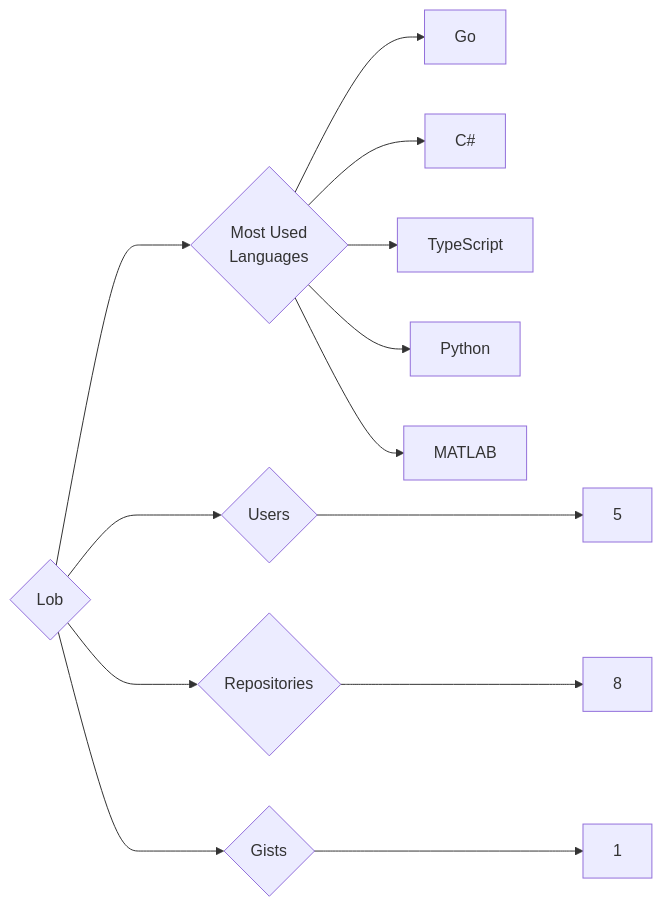
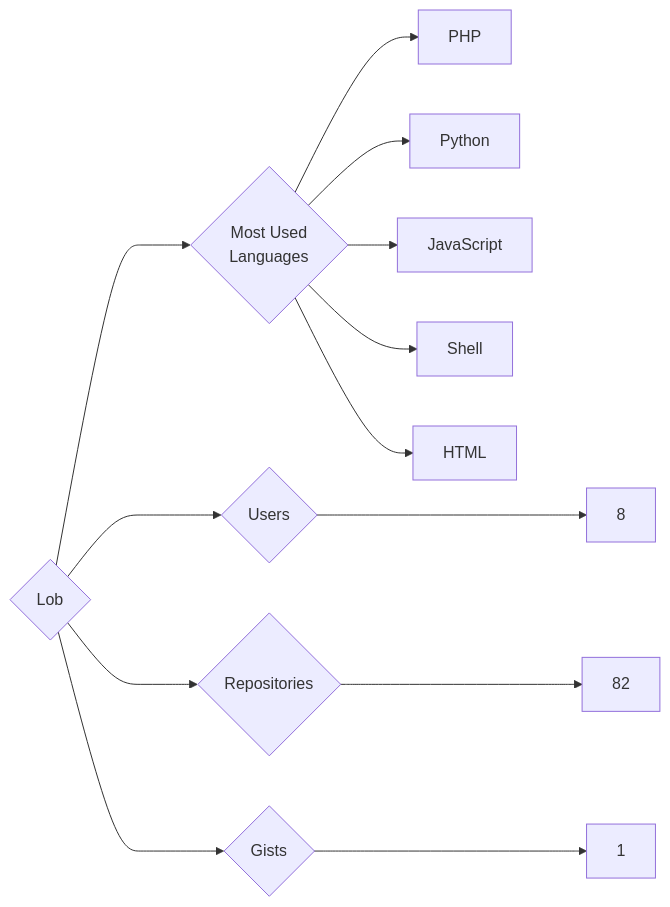
The diagram in targets/Lob/README.md (trickest/insiders), drawn with Mermaid before and after one commit. The commit also changed 951 other files, not shown here.

````diff
--- a/targets/Lob/README.md
+++ b/targets/Lob/README.md
@@ -3,13 +3,13 @@
 ```mermaid
 graph LR
 COMPANY_NAME{Lob}
-COMPANY_NAME ---> U{Users} ---> UN[5]
-COMPANY_NAME ---> R{Repositories} ---> RN[8]
+COMPANY_NAME ---> U{Users} ---> UN[8]
+COMPANY_NAME ---> R{Repositories} ---> RN[82]
 COMPANY_NAME ---> G{Gists} ---> GN[1]
 COMPANY_NAME ---> ML{Most Used<br>Languages}
-ML --> Go[Go]
-ML --> C#[C#]
-ML --> TypeScript[TypeScript]
+ML --> PHP[PHP]
 ML --> Python[Python]
-ML --> MATLAB[MATLAB]
+ML --> JavaScript[JavaScript]
+ML --> Shell[Shell]
+ML --> HTML[HTML]
 ```
````
